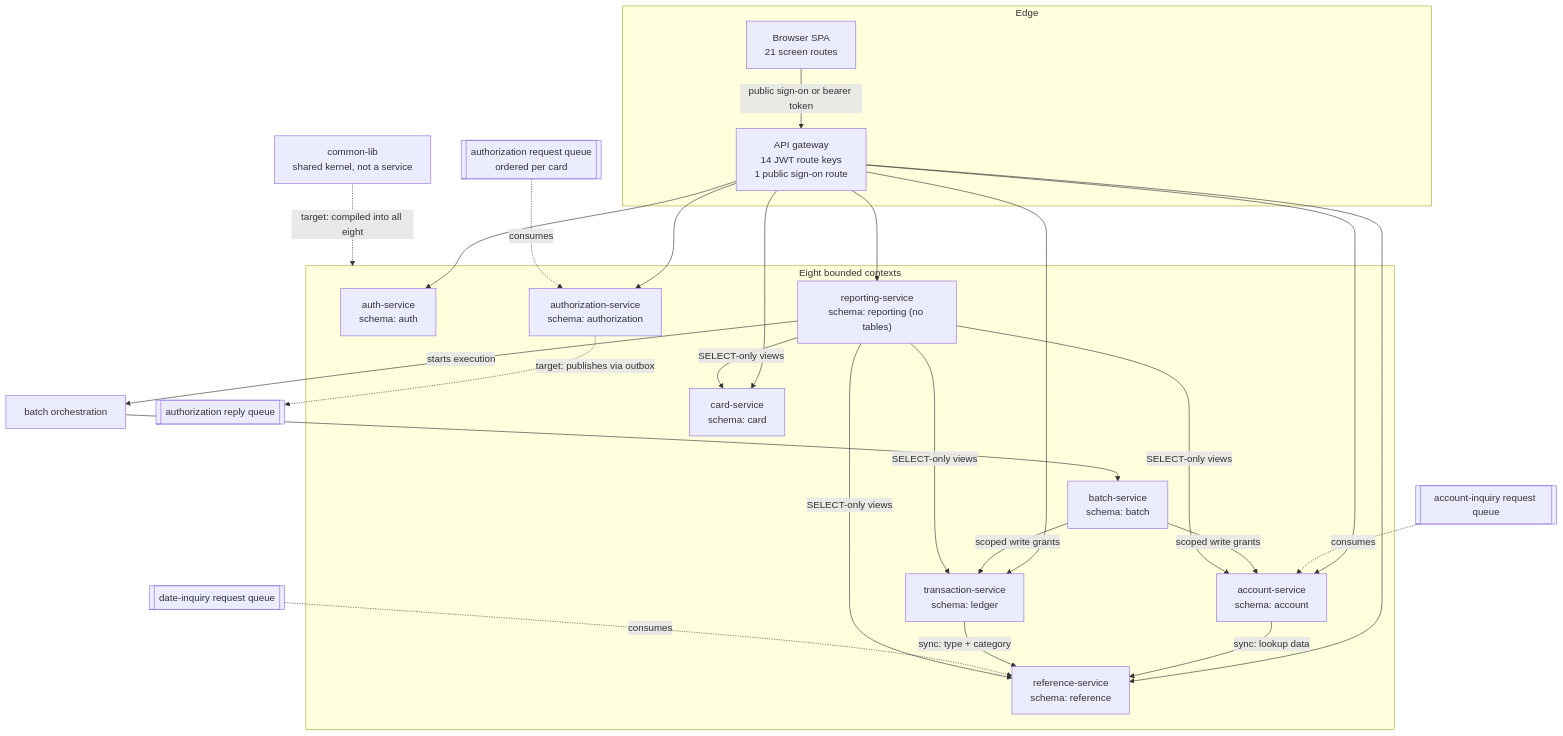
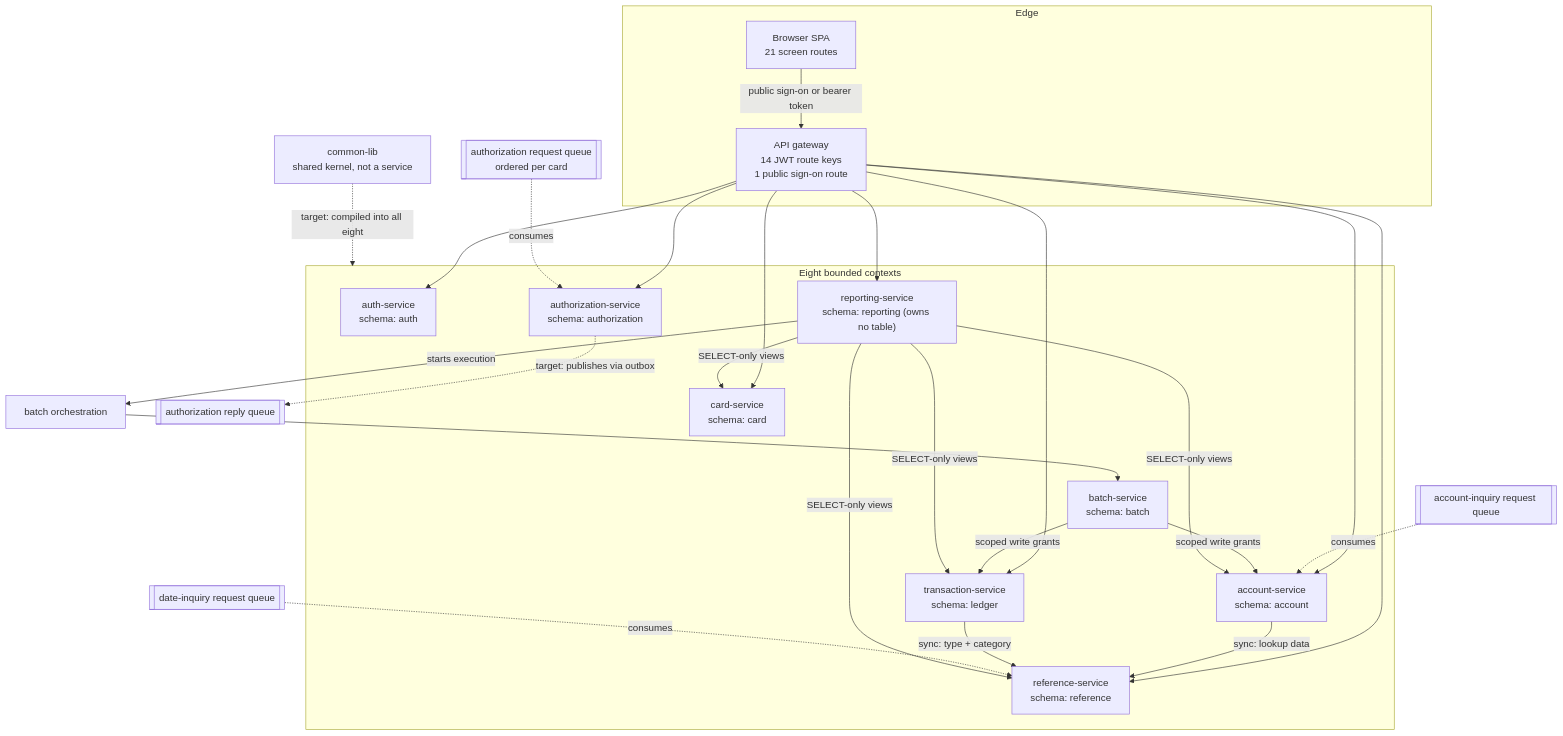
One commit to Blitzy-LocalStack/aws-mainframe-modernization-carddemo changed the diagram in docs/architecture/service-catalog.md. Above: the diagram before and after it, drawn with Mermaid. The commit also changed other lines of this file and 610 other files, not shown here.

````diff
--- a/docs/architecture/service-catalog.md
+++ b/docs/architecture/service-catalog.md
@@ -938,54 +963,54 @@
 ```mermaid
 graph TB
     subgraph edge["Edge"]
         SPA["Browser SPA<br/>21 screen routes"]
         GW["API gateway<br/>14 JWT route keys<br/>1 public sign-on route"]
         SPA -->|"public sign-on or bearer token"| GW
     end
 
     subgraph contexts["Eight bounded contexts"]
         AUTH["auth-service<br/>schema: auth"]
         ACCT["account-service<br/>schema: account"]
         CARD["card-service<br/>schema: card"]
         TRAN["transaction-service<br/>schema: ledger"]
         REF["reference-service<br/>schema: reference"]
         BATCH["batch-service<br/>schema: batch"]
         AUTZ["authorization-service<br/>schema: authorization"]
-        REPT["reporting-service<br/>schema: reporting (no tables)"]
+        REPT["reporting-service<br/>schema: reporting (owns no table)"]
     end
 
     LIB["common-lib<br/>shared kernel, not a service"]
 
     GW --> AUTH
     GW --> ACCT
     GW --> CARD
     GW --> TRAN
     GW --> REF
     GW --> AUTZ
     GW --> REPT
 
     ACCT -->|"sync: lookup data"| REF
     TRAN -->|"sync: type + category"| REF
 
     RQ[["authorization request queue<br/>ordered per card"]] -.->|consumes| AUTZ
     AUTZ -.->|"target: publishes via outbox"| RP[["authorization reply queue"]]
     AIQ[["account-inquiry request queue"]] -.->|consumes| ACCT
     DIQ[["date-inquiry request queue"]] -.->|consumes| REF
 
     ORCH["batch orchestration"] --> BATCH
     BATCH -->|"scoped write grants"| TRAN
     BATCH -->|"scoped write grants"| ACCT
     REPT -->|"SELECT-only views"| TRAN
     REPT -->|"SELECT-only views"| ACCT
     REPT -->|"SELECT-only views"| CARD
     REPT -->|"SELECT-only views"| REF
     REPT -->|"starts execution"| ORCH
 
     LIB -.->|"target: compiled into all eight"| contexts
 %% Solid edges are synchronous or transactional; dashed edges are asynchronous or
 %% build-time target relationships. The two BATCH edges are the single documented exception to
 %% database-per-service ownership, and they are write grants on two named schemas
 %% rather than service-to-service calls. The four REPT edges are the four SELECT-only
 %% grants in data-migration/sql/V0__schemas_and_roles.sql section 5 -- ledger,
 %% account, card and reference -- and no other schema is reachable from REPT.
 ```
````
